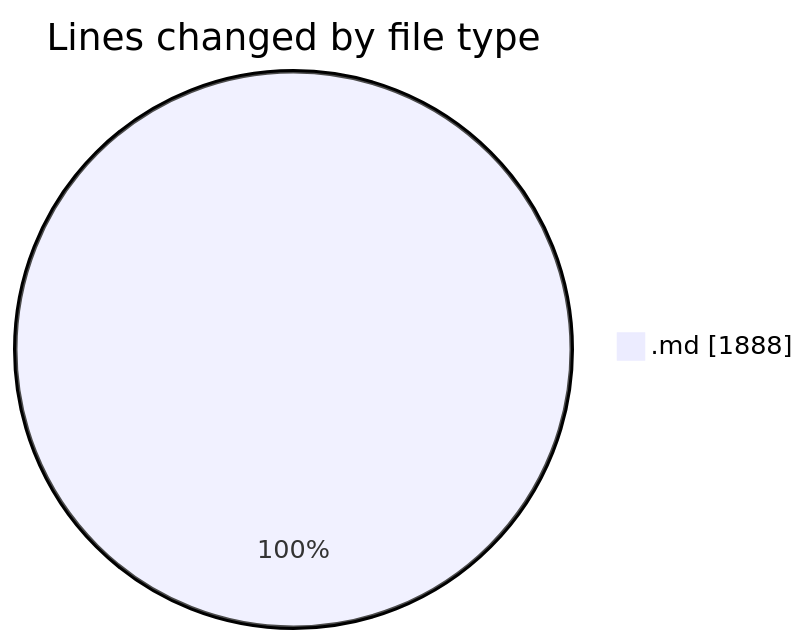
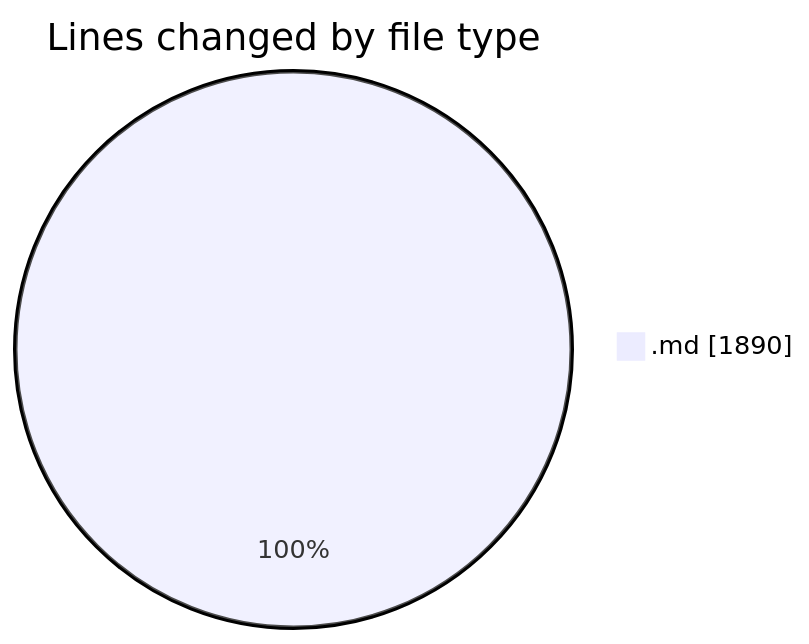
One commit to Ritupan-Deka/code-tracking changed the first of 2 diagrams in 2025-07-18/urlwebwala_intership_work/README.md. Above: the diagram before and after it, drawn with Mermaid. The commit also changed other lines of this file and 1 other file, not shown here.

````diff
--- a/2025-07-18/urlwebwala_intership_work/README.md
+++ b/2025-07-18/urlwebwala_intership_work/README.md
@@ -21,5 +21,5 @@
 ```mermaid
 pie showData
 title Lines changed by file type
-".md" : 1888
+".md" : 1890
 ```
````
